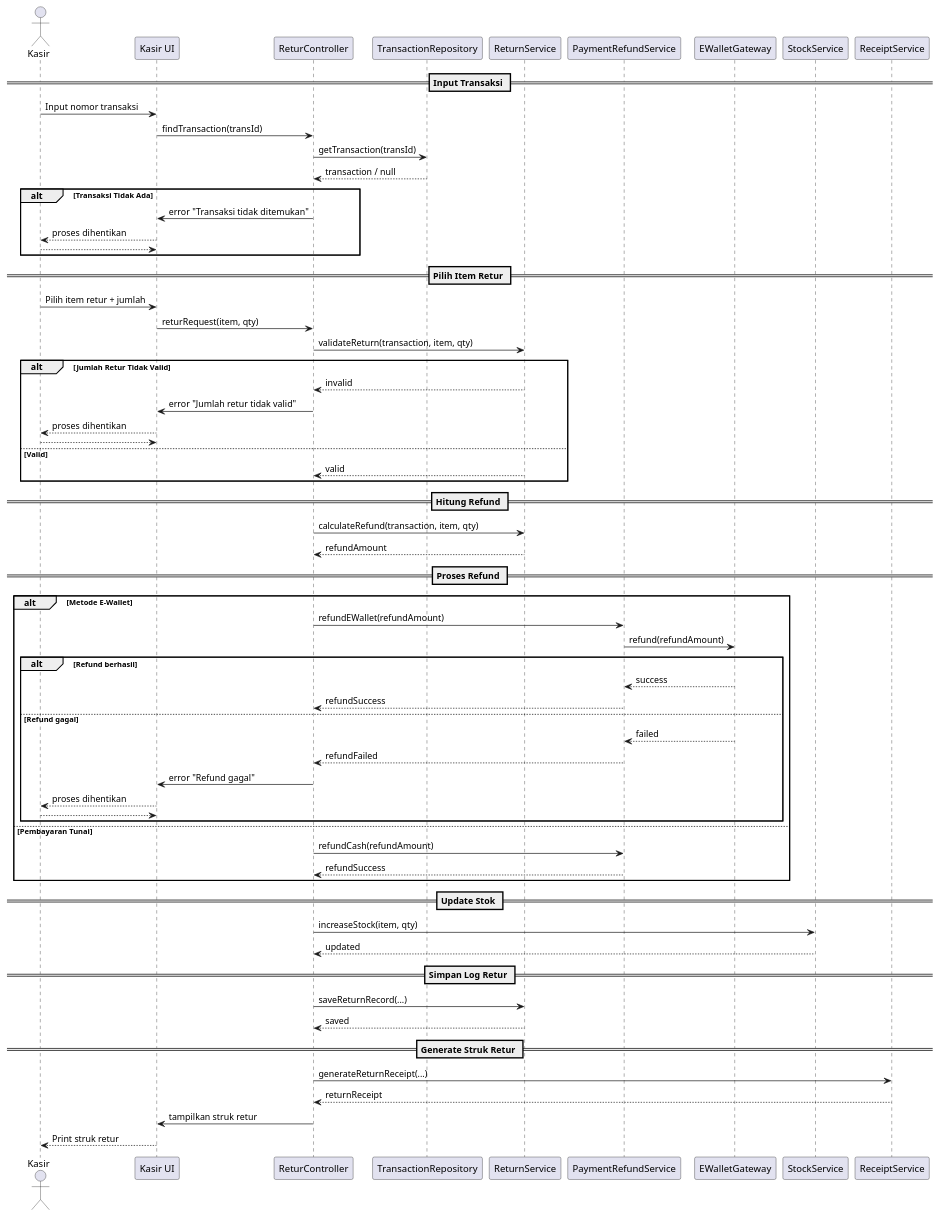
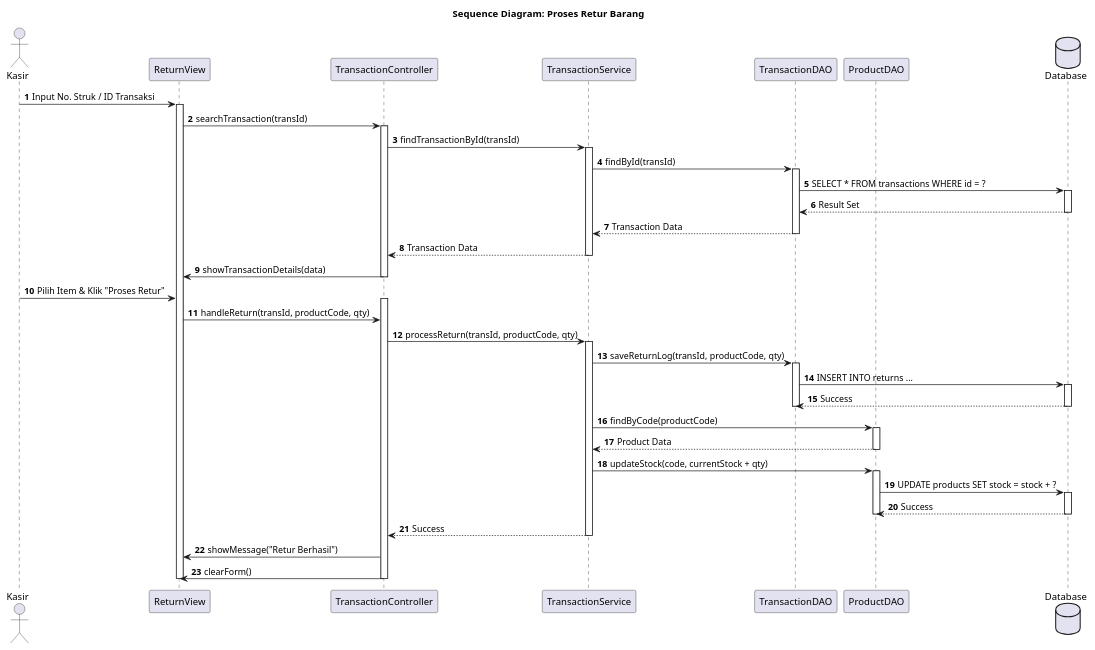
One commit to dmswhyupratama/oop-202501-240202858 changed the diagram in praktikum/week6-uml-solid/src/uml/sequence_retur.puml. Above: the diagram before and after it, drawn with PlantUML. The commit also changed 21 other files, not shown here.

Commit message:
week6-uml-solid: iterasi-2 Mengubah semua diagram, dan membuat laporan

```diff
--- a/praktikum/week6-uml-solid/src/uml/sequence_retur.puml
+++ b/praktikum/week6-uml-solid/src/uml/sequence_retur.puml
@@ -1,79 +1,76 @@
 @startuml
-actor Kasir as K
+autonumber
+actor "Kasir" as User
+participant "ReturnView" as View
+participant "TransactionController" as Ctrl
+participant "TransactionService" as Svc
+participant "TransactionDAO" as TransDao
+participant "ProductDAO" as ProdDao
+database "Database" as DB
 
-participant "Kasir UI" as UI
-participant "ReturController" as RC
-participant "TransactionRepository" as TR
-participant "ReturnService" as RetSvc
-participant "PaymentRefundService" as RefundSvc
-participant "EWalletGateway" as EWallet
-participant "StockService" as Stock
-participant "ReceiptService" as Receipt
+title Sequence Diagram: Proses Retur Barang
 
-== Input Transaksi ==
-K -> UI: Input nomor transaksi
-UI -> RC: findTransaction(transId)
+' --- STEP 1: CARI DATA TRANSAKSI ---
+User -> View : Input No. Struk / ID Transaksi
+activate View
+View -> Ctrl : searchTransaction(transId)
+activate Ctrl
 
-RC -> TR: getTransaction(transId)
-TR --> RC: transaction / null
+    Ctrl -> Svc : findTransactionById(transId)
+    activate Svc
+    
+    Svc -> TransDao : findById(transId)
+    activate TransDao
+    TransDao -> DB : SELECT * FROM transactions WHERE id = ?
+    activate DB
+    DB --> TransDao : Result Set
+    deactivate DB
+    TransDao --> Svc : Transaction Data
+    deactivate TransDao
+    
+    Svc --> Ctrl : Transaction Data
+    deactivate Svc
 
-alt Transaksi Tidak Ada
-    RC -> UI: error "Transaksi tidak ditemukan"
-    UI --> K: proses dihentikan
-    return
-end
+    Ctrl -> View : showTransactionDetails(data)
+    deactivate Ctrl
 
-== Pilih Item Retur ==
-K -> UI: Pilih item retur + jumlah
-UI -> RC: returRequest(item, qty)
+' --- STEP 2: PROSES RETUR ---
+User -> View : Pilih Item & Klik "Proses Retur"
+activate Ctrl
+View -> Ctrl : handleReturn(transId, productCode, qty)
 
-RC -> RetSvc: validateReturn(transaction, item, qty)
-alt Jumlah Retur Tidak Valid
-    RetSvc --> RC: invalid
-    RC -> UI: error "Jumlah retur tidak valid"
-    UI --> K: proses dihentikan
-    return
-else Valid
-    RetSvc --> RC: valid
-end
+    Ctrl -> Svc : processReturn(transId, productCode, qty)
+    activate Svc
+    
+    ' 1. Update Status Transaksi (misal: dicatat di tabel retur)
+    Svc -> TransDao : saveReturnLog(transId, productCode, qty)
+    activate TransDao
+    TransDao -> DB : INSERT INTO returns ...
+    activate DB
+    DB --> TransDao : Success
+    deactivate DB
+    deactivate TransDao
+    
+    ' 2. Kembalikan Stok Barang (Restock)
+    Svc -> ProdDao : findByCode(productCode)
+    activate ProdDao
+    ProdDao --> Svc : Product Data
+    deactivate ProdDao
+    
+    Svc -> ProdDao : updateStock(code, currentStock + qty)
+    activate ProdDao
+    ProdDao -> DB : UPDATE products SET stock = stock + ?
+    activate DB
+    DB --> ProdDao : Success
+    deactivate DB
+    deactivate ProdDao
+    
+    Svc --> Ctrl : Success
+    deactivate Svc
 
-== Hitung Refund ==
-RC -> RetSvc: calculateRefund(transaction, item, qty)
-RetSvc --> RC: refundAmount
+    Ctrl -> View : showMessage("Retur Berhasil")
+    Ctrl -> View : clearForm()
 
-== Proses Refund ==
-alt Metode E-Wallet
-    RC -> RefundSvc: refundEWallet(refundAmount)
-    RefundSvc -> EWallet: refund(refundAmount)
-
-    alt Refund berhasil
-        EWallet --> RefundSvc: success
-        RefundSvc --> RC: refundSuccess
-    else Refund gagal
-        EWallet --> RefundSvc: failed
-        RefundSvc --> RC: refundFailed
-        RC -> UI: error "Refund gagal"
-        UI --> K: proses dihentikan
-        return
-    end
-
-else Pembayaran Tunai
-    RC -> RefundSvc: refundCash(refundAmount)
-    RefundSvc --> RC: refundSuccess
-end
-
-== Update Stok ==
-RC -> Stock: increaseStock(item, qty)
-Stock --> RC: updated
-
-== Simpan Log Retur ==
-RC -> RetSvc: saveReturnRecord(...)
-RetSvc --> RC: saved
-
-== Generate Struk Retur ==
-RC -> Receipt: generateReturnReceipt(...)
-Receipt --> RC: returnReceipt
-RC -> UI: tampilkan struk retur
-UI --> K: Print struk retur
-
+deactivate Ctrl
+deactivate View
 @enduml
```
